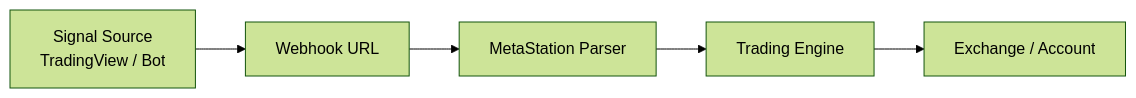
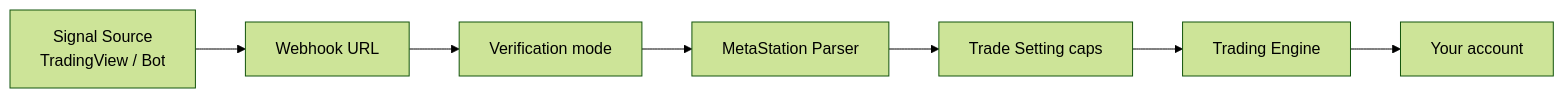
One commit to MetaStation-fi/MetaStation-Docs-and-Blogs changed the diagram in docs/automation/webhook-trading.md. Above: the diagram before and after it, drawn with Mermaid (forest theme). The commit also changed other lines of this file and 26 other files, not shown here.

````diff
--- a/docs/automation/webhook-trading.md
+++ b/docs/automation/webhook-trading.md
@@ -15,7 +15,9 @@
 ```mermaid
 graph LR
   A[Signal Source<br/>TradingView / Bot] --> B[Webhook URL]
-  B --> C[MetaStation Parser]
-  C --> D[Trading Engine]
-  D --> E[Exchange / Account]
+  B --> V[Verification mode]
+  V --> C[MetaStation Parser]
+  C --> R[Trade Setting caps]
+  R --> D[Trading Engine]
+  D --> E[Your account]
 ```
````
